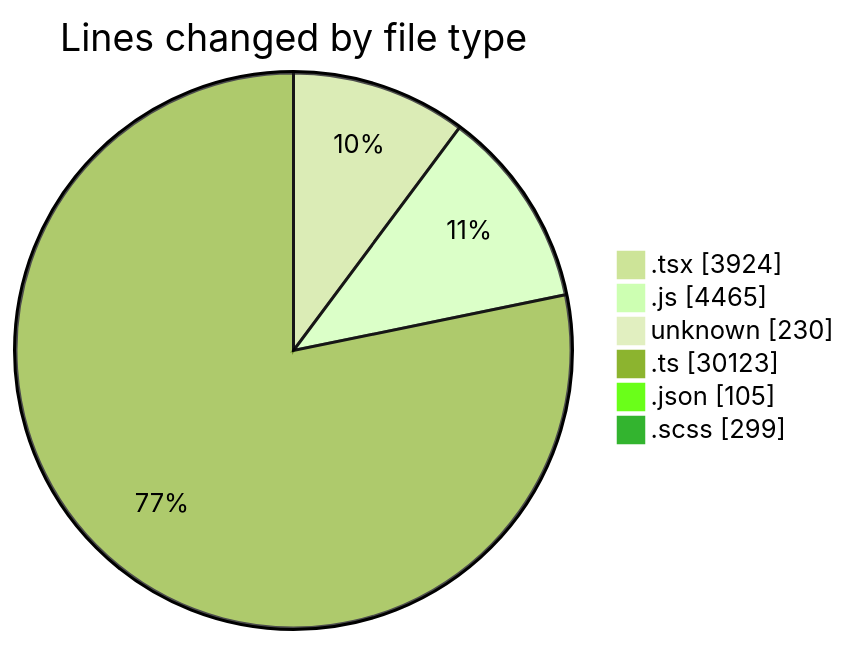
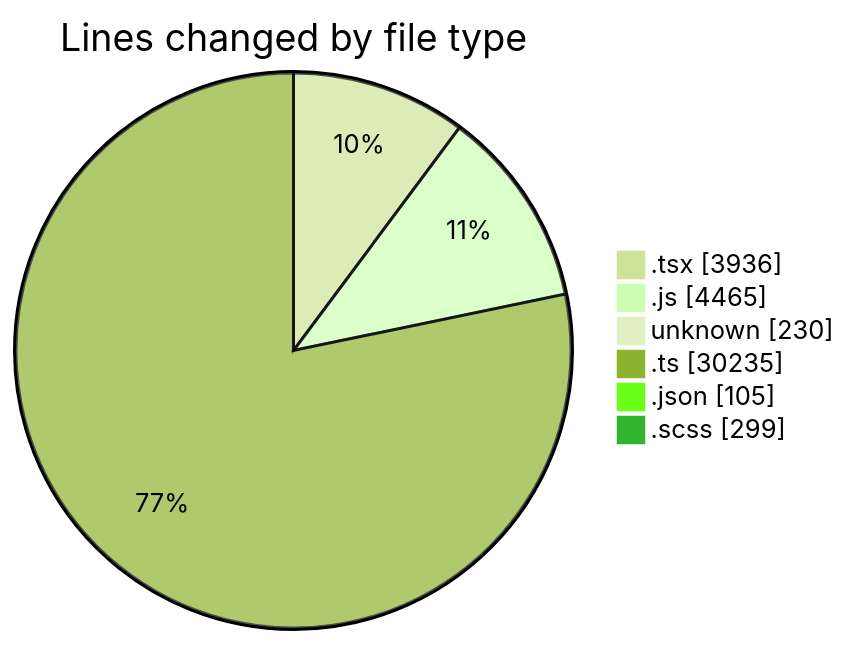
One commit to momahboobian/code-tracking changed the first of 2 diagrams in 2026-05-06/cda/README.md. Above: the diagram before and after it, drawn with Mermaid (forest theme). The commit also changed other lines of this file and 1 other file, not shown here.

````diff
--- a/2026-05-06/cda/README.md
+++ b/2026-05-06/cda/README.md
@@ -91,10 +92,10 @@
 ```mermaid
 pie showData
 title Lines changed by file type
-".tsx" : 3924
+".tsx" : 3936
 ".js" : 4465
 "unknown" : 230
-".ts" : 30123
+".ts" : 30235
 ".json" : 105
 ".scss" : 299
 ```
````
